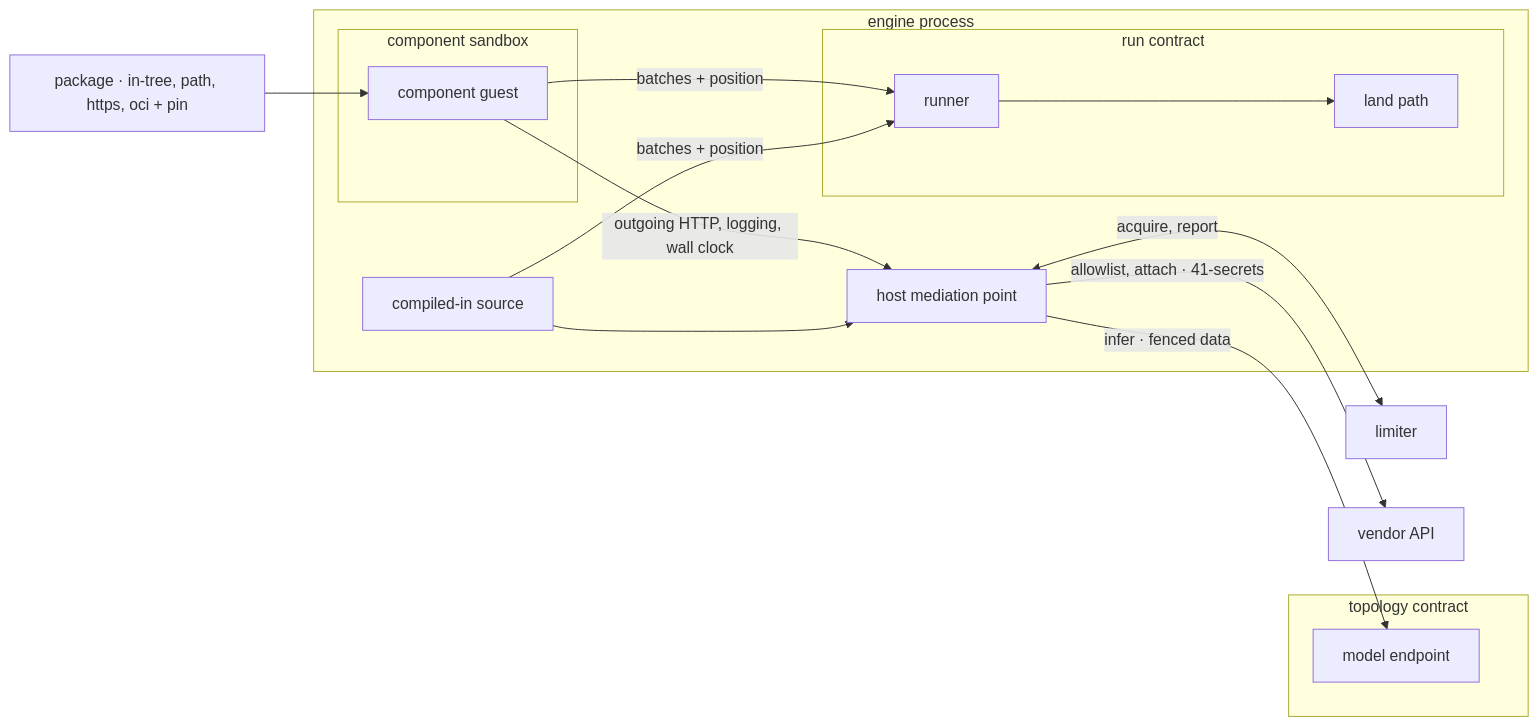
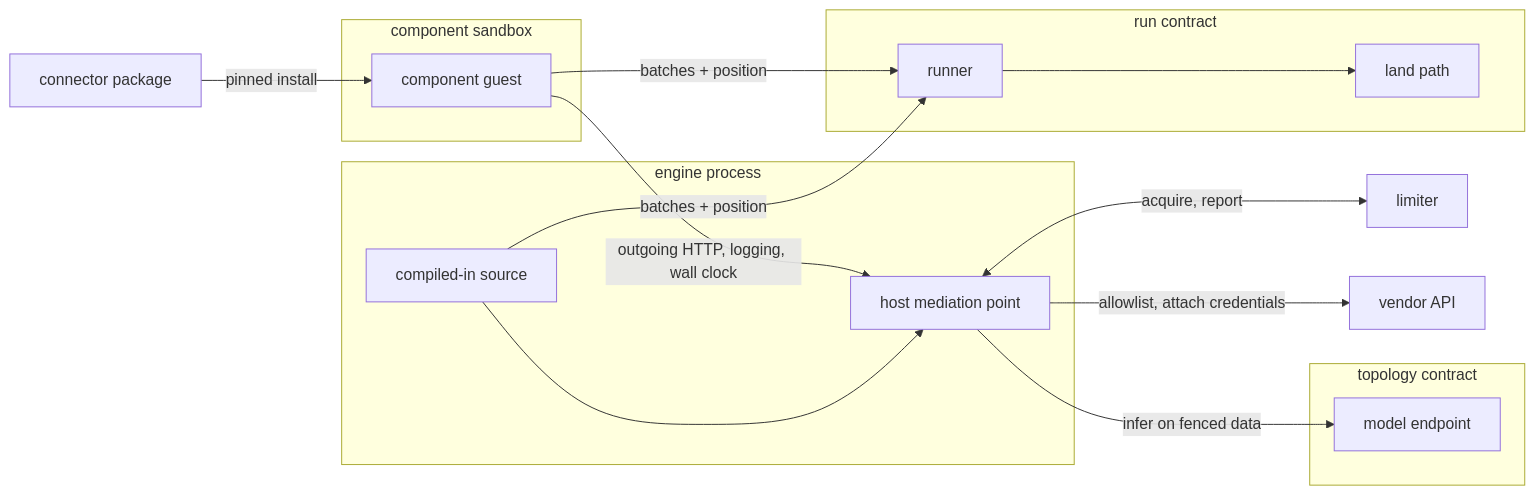
Before and after one commit to fractalboxdev/contextful: the first of 5 diagrams in spec/40-connector.md, drawn with Mermaid. The commit also changed other lines of this file and 24 other files, not shown here.

First line of the commit message:
spec: every flowchart draws one entity or process per node

````diff
--- a/spec/40-connector.md
+++ b/spec/40-connector.md
@@ -22,28 +22,28 @@
 ```mermaid
 flowchart LR
-  PKG["package · in-tree, path, https, oci + pin"] --> GUEST
+  PKG["connector package"] -->|"pinned install"| GUEST
+  subgraph SANDBOX["component sandbox"]
+    GUEST["component guest"]
+  end
   subgraph ENGINE["engine process"]
-    subgraph SANDBOX["component sandbox"]
-      GUEST["component guest"]
-    end
     NATIVE["compiled-in source"]
     MED["host mediation point"]
-    subgraph RUNC["run contract"]
-      RUN["runner"]
-      LAND["land path"]
-    end
+  end
+  subgraph RUNC["run contract"]
+    RUN["runner"]
+    LAND["land path"]
   end
   LIM["limiter"]
   VEND["vendor API"]
   subgraph TOPO["topology contract"]
     MODEL["model endpoint"]
   end
   GUEST -->|"outgoing HTTP, logging, wall clock"| MED
   NATIVE --> MED
   MED <-->|"acquire, report"| LIM
-  MED -->|"allowlist, attach · 41-secrets"| VEND
-  MED -->|"infer · fenced data"| MODEL
+  MED -->|"allowlist, attach credentials"| VEND
+  MED -->|"infer on fenced data"| MODEL
   GUEST -->|"batches + position"| RUN
   NATIVE -->|"batches + position"| RUN
   RUN --> LAND
 ```
````
